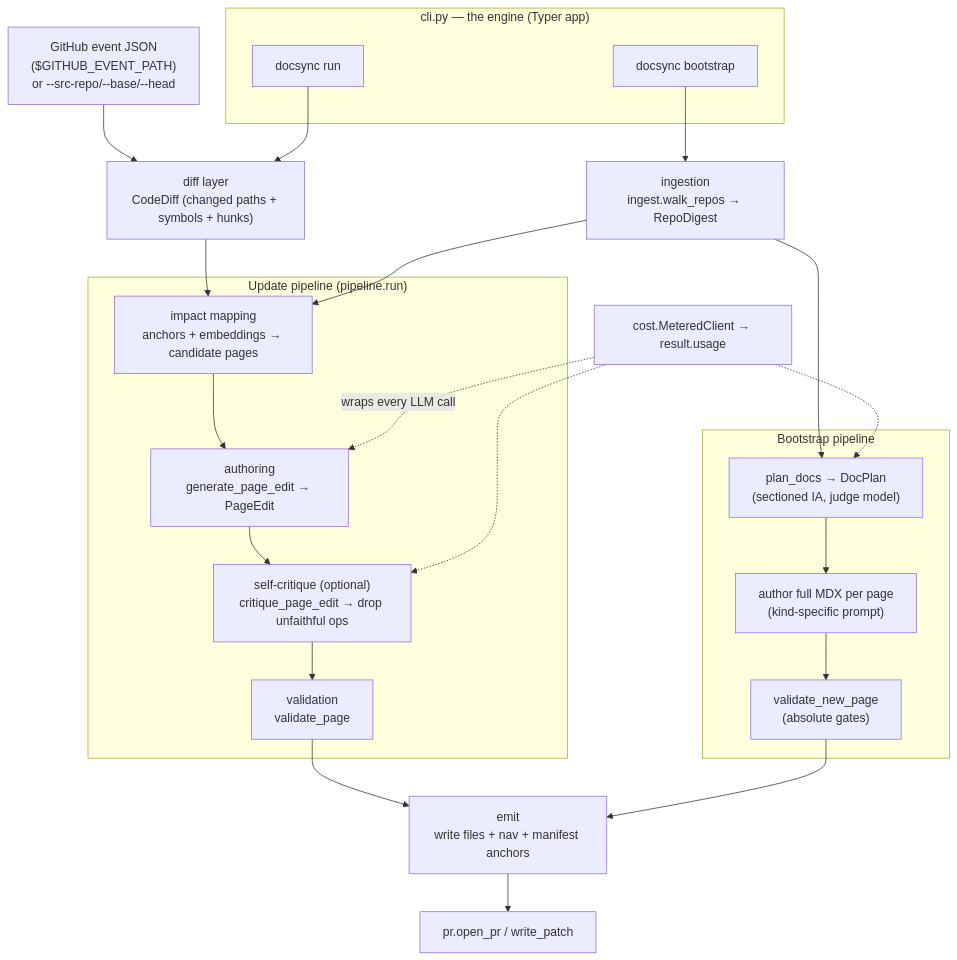
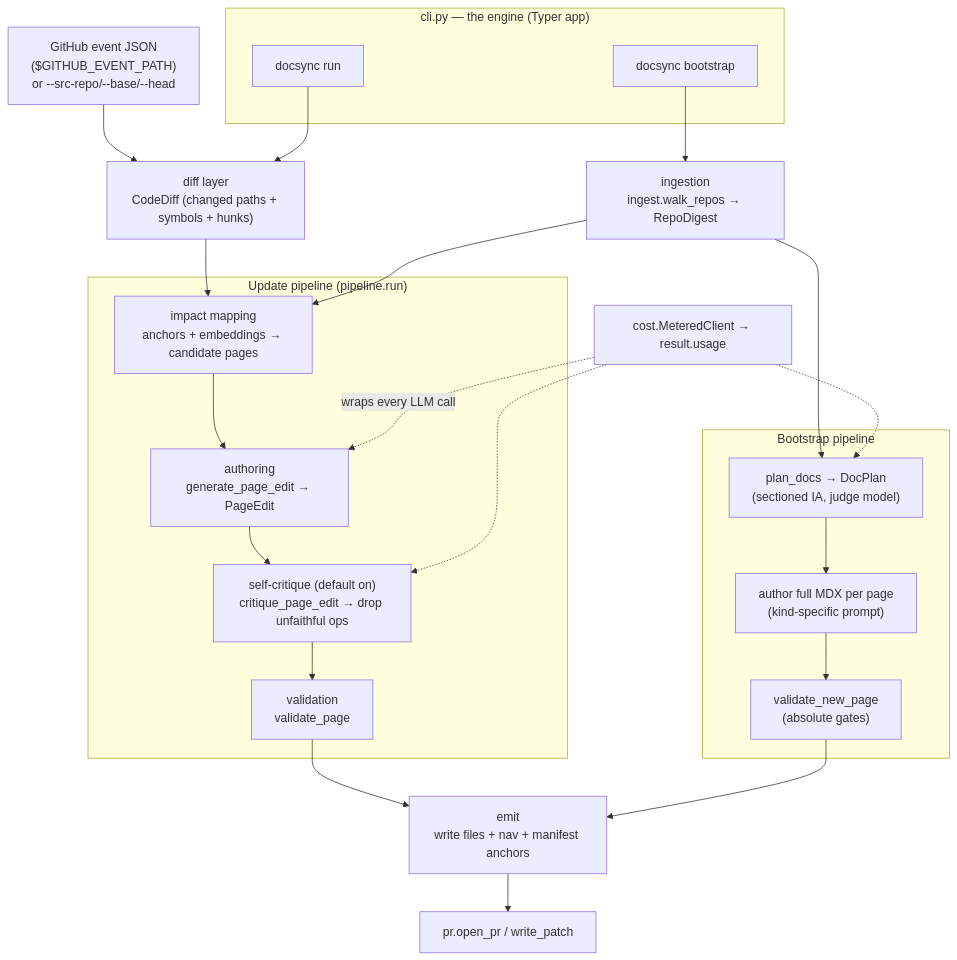
The diagram in docs/architecture/system-overview.mdx (venaTeam/docsync), drawn with Mermaid before and after one commit. The commit also changed other lines of this file and 9 other files, not shown here.

````diff
--- a/docs/architecture/system-overview.mdx
+++ b/docs/architecture/system-overview.mdx
@@ -31,39 +31,39 @@
 ```mermaid
 flowchart TD
     subgraph CLI["cli.py — the engine (Typer app)"]
         RUN["docsync run"]
         BOOT["docsync bootstrap"]
     end
 
     EVENT["GitHub event JSON\n($GITHUB_EVENT_PATH)\nor --src-repo/--base/--head"]
     DIFF["diff layer\nCodeDiff (changed paths + symbols + hunks)"]
     INGEST["ingestion\ningest.walk_repos → RepoDigest"]
 
     subgraph UPDATE["Update pipeline (pipeline.run)"]
         IMPACT["impact mapping\nanchors + embeddings → candidate pages"]
         EDIT["authoring\ngenerate_page_edit → PageEdit"]
-        CRIT["self-critique (optional)\ncritique_page_edit → drop unfaithful ops"]
+        CRIT["self-critique (default on)\ncritique_page_edit → drop unfaithful ops"]
         VAL["validation\nvalidate_page"]
     end
 
     subgraph BOOTSTRAP["Bootstrap pipeline"]
         PLAN["plan_docs → DocPlan\n(sectioned IA, judge model)"]
         AUTH["author full MDX per page\n(kind-specific prompt)"]
         VALNEW["validate_new_page\n(absolute gates)"]
     end
 
     EMIT["emit\nwrite files + nav + manifest anchors"]
     PR["pr.open_pr / write_patch"]
     METER["cost.MeteredClient → result.usage"]
 
     EVENT --> DIFF
     RUN --> DIFF
     DIFF --> IMPACT
     INGEST --> IMPACT
     IMPACT --> EDIT --> CRIT --> VAL --> EMIT
     BOOT --> INGEST --> PLAN --> AUTH --> VALNEW --> EMIT
     EMIT --> PR
     METER -.wraps every LLM call.-> EDIT
     METER -.-> PLAN
     METER -.-> CRIT
 ```
````
